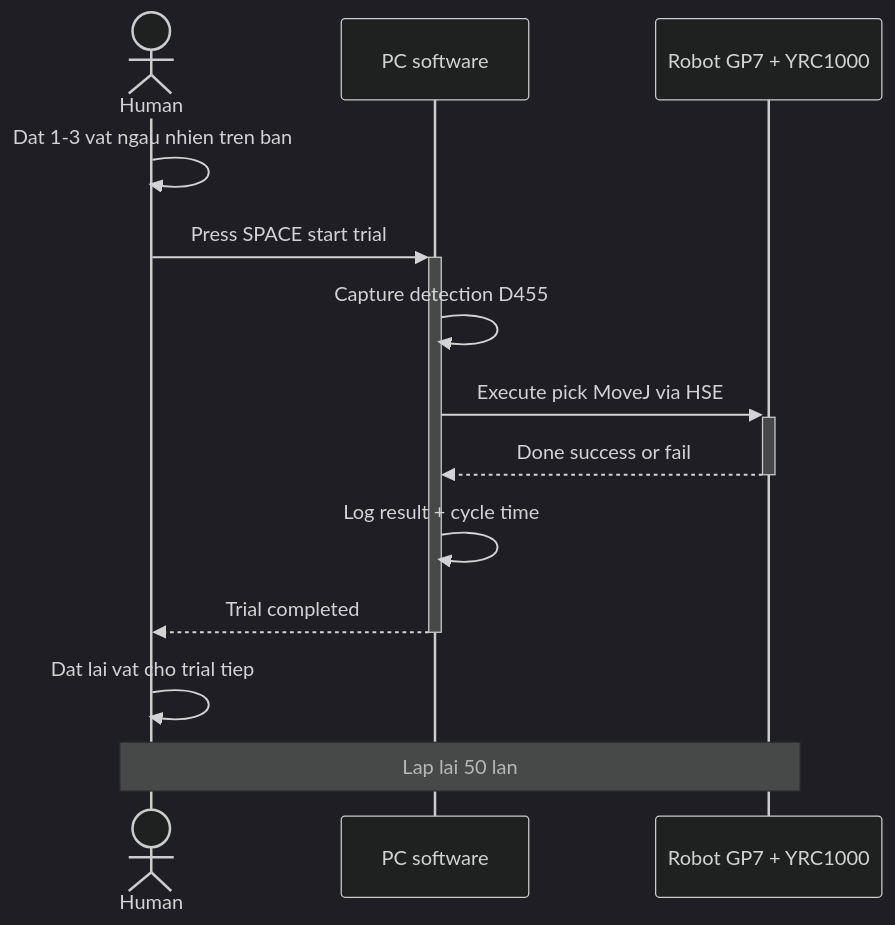
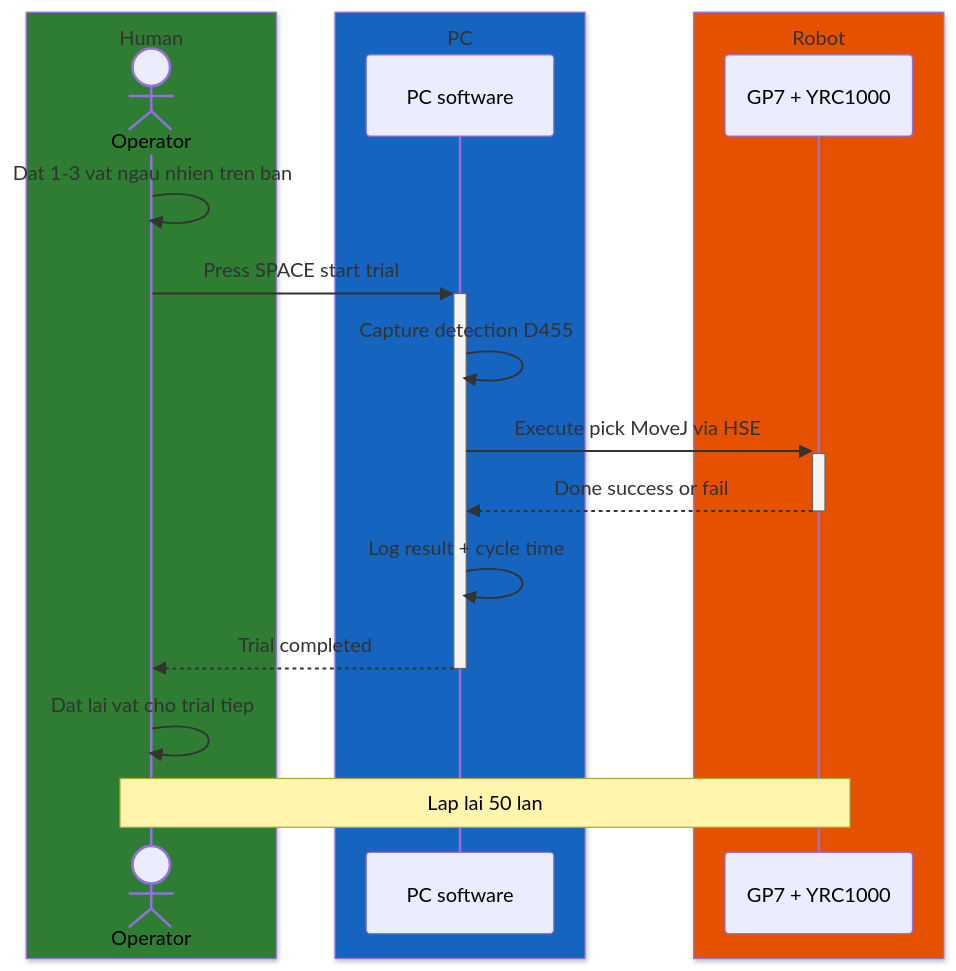
Diagram 13 of 14 in docs/phat_bieu_bai_toan_v3_2_HD.md (manhhv87/DTwinGP7), drawn with Mermaid before and after one commit. The commit also changed other lines of this file and 54 other files, not shown here.

````diff
--- a/docs/phat_bieu_bai_toan_v3_2_HD.md
+++ b/docs/phat_bieu_bai_toan_v3_2_HD.md
@@ -880,17 +1342,22 @@
 ```mermaid
-%%{init: {'theme':'dark'}}%%
 sequenceDiagram
-    actor H as Human
-    participant S as PC software
-    participant R as Robot GP7 + YRC1000
+    box rgb(46,125,50) Human
+        actor H as Operator
+    end
+    box rgb(21,101,192) PC
+        participant S as PC software
+    end
+    box rgb(230,81,0) Robot
+        participant R as GP7 + YRC1000
+    end
 
     H->>H: Dat 1-3 vat ngau nhien tren ban
     H->>+S: Press SPACE start trial
     S->>S: Capture detection D455
     S->>+R: Execute pick MoveJ via HSE
     R-->>-S: Done success or fail
     S->>S: Log result + cycle time
     S-->>-H: Trial completed
     H->>H: Dat lai vat cho trial tiep
     Note over H,R: Lap lai 50 lan
 ```
````
